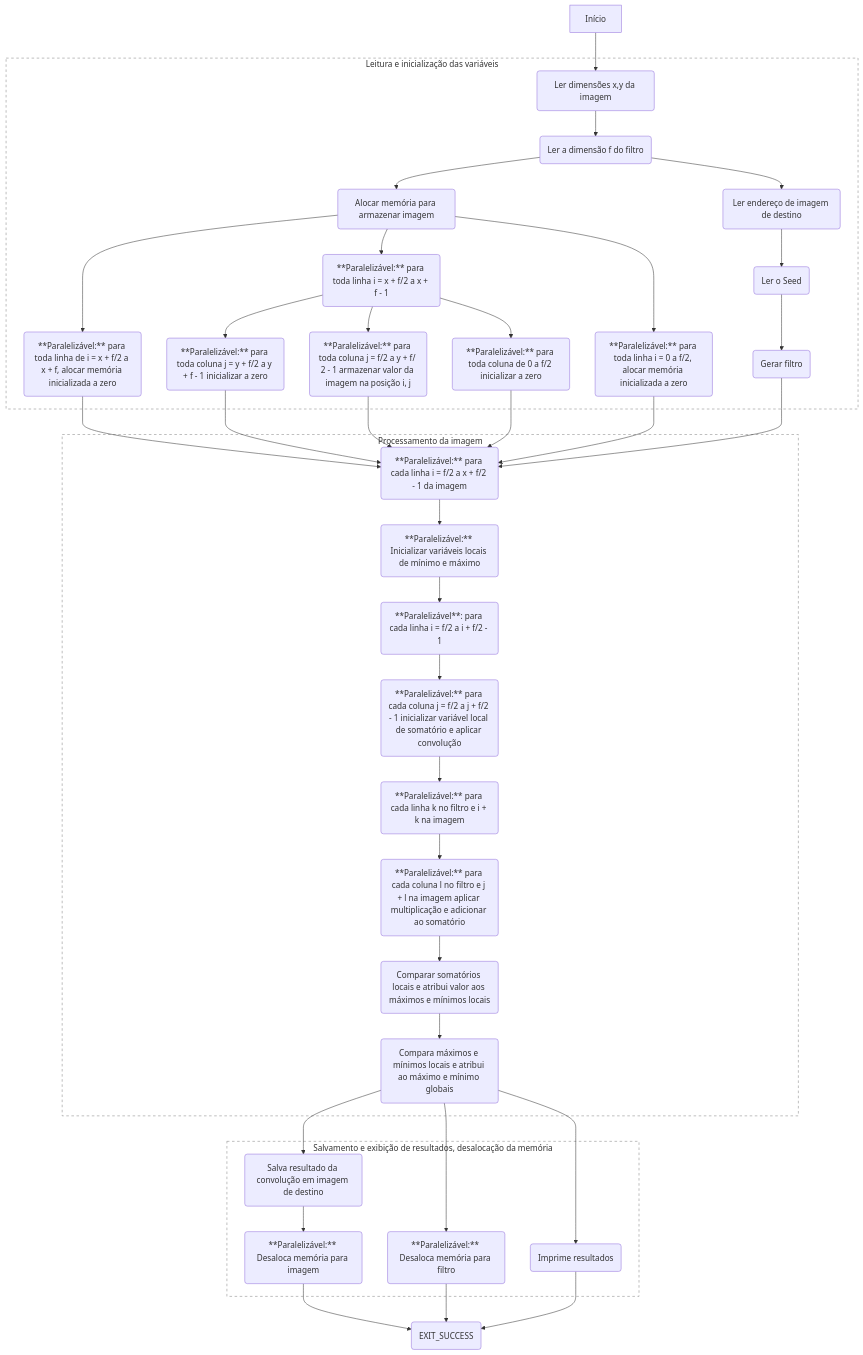
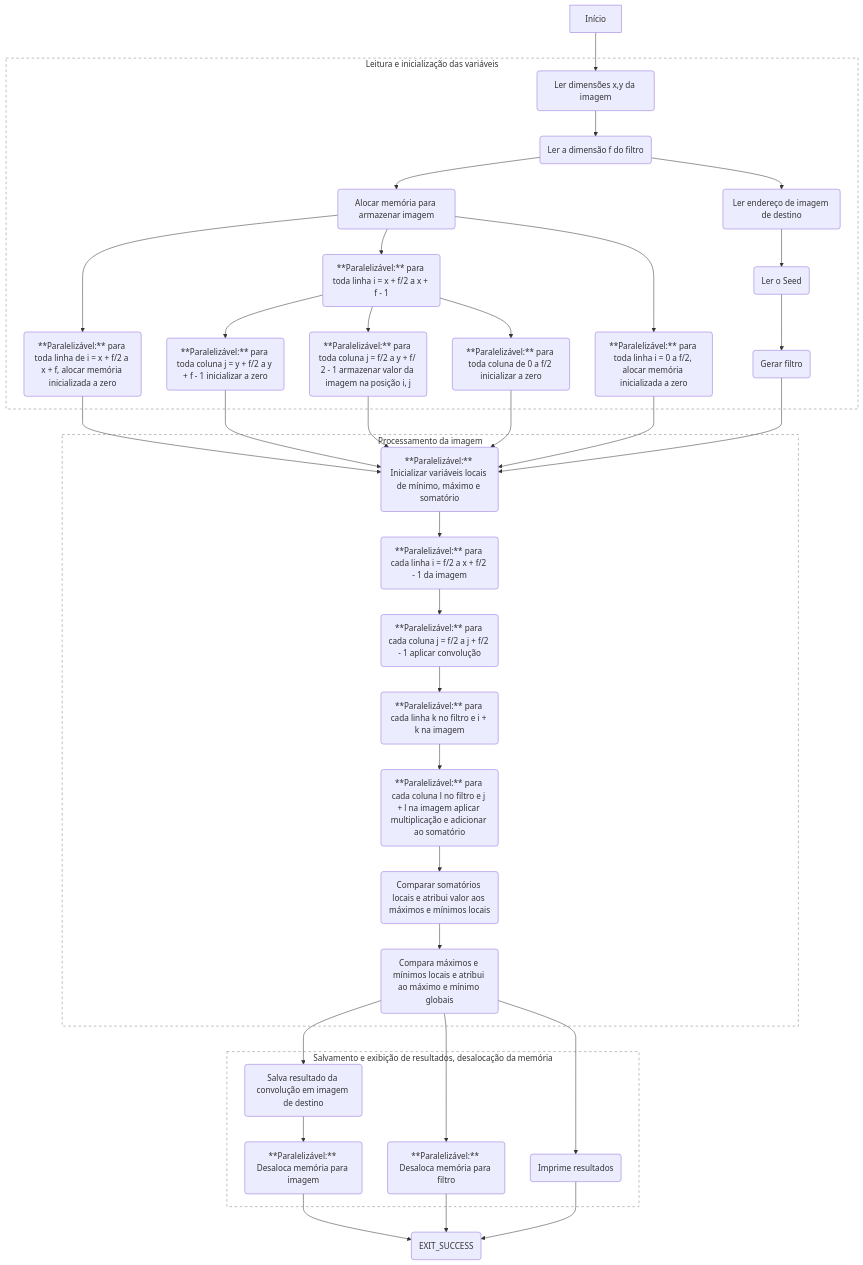
One commit to de-abreu/alto_desempenho changed the diagram in trabalho_1/README.md. Above: the diagram before and after it, drawn with Mermaid. The commit also changed 1 other file, not shown here.

Commit message:
Modified chart

````diff
--- a/trabalho_1/README.md
+++ b/trabalho_1/README.md
@@ -4,48 +4,46 @@
 ```mermaid
-
 flowchart TD
     A[Início] --> B(Ler dimensões x,y da imagem)
     subgraph r1 [Leitura e inicialização das variáveis]
         style r1 stroke-dasharray: 5, 5, fill:none, stroke: grey
 
         B --> E(Ler a dimensão f do filtro)
         E --> AD(Ler endereço de imagem de destino)
         AD --> F(Ler o Seed)
         E --> G(Alocar memória para armazenar imagem)
         G --> H(**Paralelizável:** para toda linha i = 0 a f/2, alocar memória inicializada a zero)
         G --> M(**Paralelizável:** para toda linha de i = x + f/2 a x + f, alocar memória inicializada a zero)
         I --> J(**Paralelizável:** para toda coluna de 0 a f/2 inicializar a zero)
         I --> f(**Paralelizável:** para toda coluna j = f/2 a y + f/ 2 - 1 armazenar valor da imagem na posição i, j)
         I --> L(**Paralelizável:** para toda coluna j = y + f/2 a y + f - 1 inicializar a zero)
         G --> I(**Paralelizável:** para toda linha i = x + f/2 a x + f - 1)
         F --> N(Gerar filtro)
     end
     subgraph r2 [Processamento da imagem]
         style r2 stroke-dasharray: 5, 5, fill:none, stroke: grey
 
-        M --> O(**Paralelizável:** para cada linha i = f/2 a x + f/2 - 1 da imagem)
+        M --> O(**Paralelizável:** Inicializar variáveis locais de mínimo, máximo e somatório)
         L --> O
         f --> O
         J --> O
         H --> O
         N --> O
-        O --> Q(**Paralelizável:** Inicializar variáveis locais de mínimo e máximo)
-        Q --> R(**Paralelizável**: para cada linha i = f/2 a i + f/2 - 1 )
-        R --> S(**Paralelizável:** para cada coluna j = f/2 a j + f/2 - 1 inicializar variável local de somatório e aplicar convolução)
+        O --> Q(**Paralelizável:** para cada linha i = f/2 a x + f/2 - 1 da imagem)
+        Q --> S(**Paralelizável:** para cada coluna j = f/2 a j + f/2 - 1 aplicar convolução)
         S --> T(**Paralelizável:** para cada linha k no filtro e i + k na imagem)
         T --> X(**Paralelizável:** para cada coluna l no filtro e j + l na imagem aplicar multiplicação e adicionar ao somatório)
         X --> Y(Comparar somatórios locais e atribui valor aos máximos e mínimos locais)
         Y --> Z(Compara máximos e mínimos locais e atribui ao máximo e mínimo globais)
     end
     subgraph r3 [Salvamento e exibição de resultados, desalocação da memória]
         style r3 stroke-dasharray: 5, 5, fill:none, stroke: grey
         Z --> W(Imprime resultados)
         Z --> AC(**Paralelizável:** Desaloca memória para filtro)
         Z --> C(Salva resultado da convolução em imagem de destino)
         C --> AB(**Paralelizável:** Desaloca memória para imagem)
     end
 
     AB --> EXIT(EXIT_SUCCESS)
     AC --> EXIT
     W --> EXIT
 ```
````
